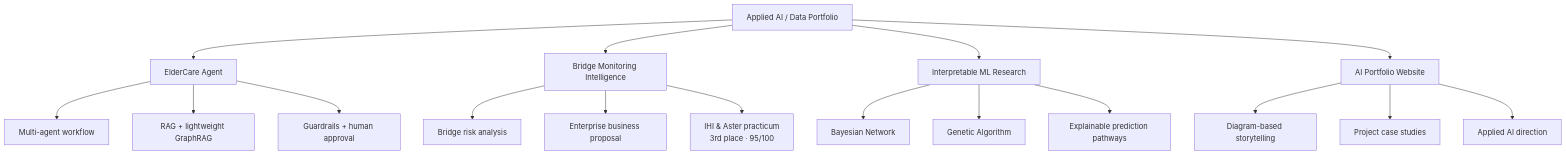
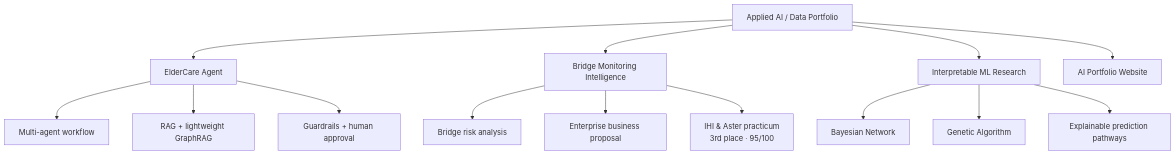
One commit to Ami14123/Ami14123 changed the first of 2 diagrams in README.md. Above: the diagram before and after it, drawn with Mermaid. The commit also changed other lines of this file, not shown here.

````diff
--- a/README.md
+++ b/README.md
@@ -87,25 +87,21 @@
 ```mermaid
 flowchart TD
     A[Applied AI / Data Portfolio]
 
     A --> B[ElderCare Agent]
     A --> C[Bridge Monitoring Intelligence]
     A --> D[Interpretable ML Research]
     A --> E[AI Portfolio Website]
 
     B --> B1[Multi-agent workflow]
     B --> B2[RAG + lightweight GraphRAG]
     B --> B3[Guardrails + human approval]
 
     C --> C1[Bridge risk analysis]
     C --> C2[Enterprise business proposal]
     C --> C3[IHI & Aster practicum<br/>3rd place · 95/100]
 
     D --> D1[Bayesian Network]
     D --> D2[Genetic Algorithm]
     D --> D3[Explainable prediction pathways]
-
-    E --> E1[Diagram-based storytelling]
-    E --> E2[Project case studies]
-    E --> E3[Applied AI direction]
 ```
````
